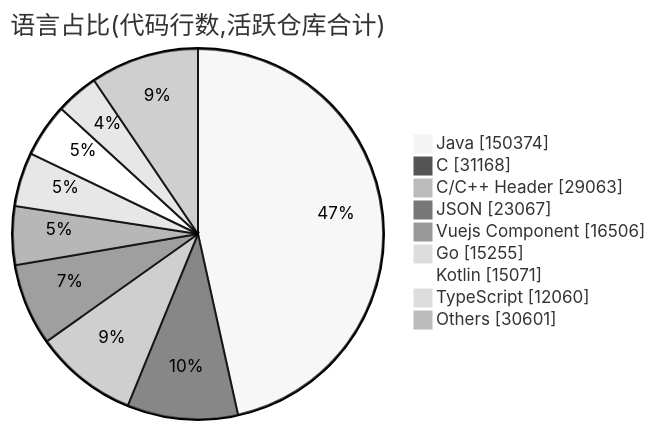
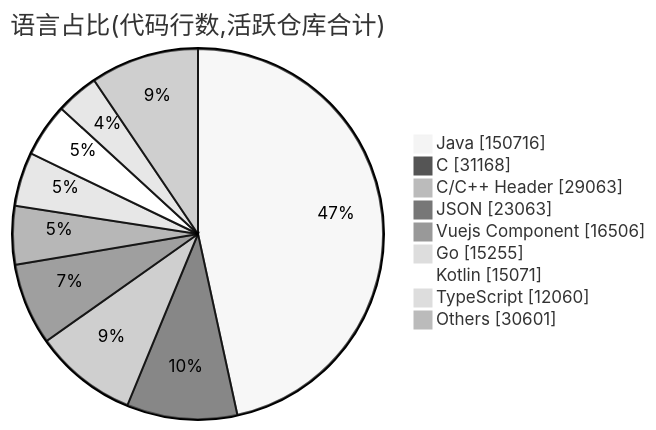
Before and after one commit to Conflux-Union/.github: the second of 2 diagrams in profile/README.md, drawn with Mermaid (neutral theme). The commit also changed other lines of this file and 1 other file, not shown here.

````diff
--- a/profile/README.md
+++ b/profile/README.md
@@ -78,13 +78,13 @@
 ```mermaid
 pie showData
     title 语言占比(代码行数,活跃仓库合计)
-    "Java" : 150374
+    "Java" : 150716
     "C" : 31168
     "C/C++ Header" : 29063
-    "JSON" : 23067
+    "JSON" : 23063
     "Vuejs Component" : 16506
     "Go" : 15255
     "Kotlin" : 15071
     "TypeScript" : 12060
     "Others" : 30601
 ```
````
